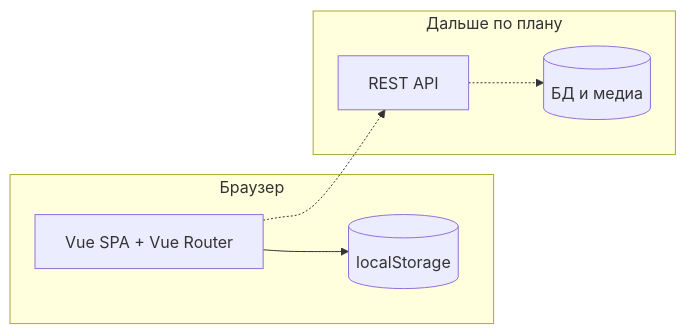
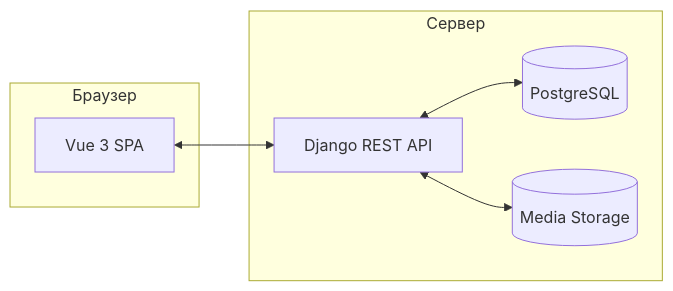
One commit to nikondrat/phototochka changed the diagram in README.md. Above: the diagram before and after it, drawn with Mermaid. The commit also changed other lines of this file, not shown here.

````diff
--- a/README.md
+++ b/README.md
@@ -74,14 +66,14 @@
 ```mermaid
 flowchart LR
   subgraph client [Браузер]
-    SPA[Vue SPA + Vue Router]
-    LS[(localStorage)]
+    SPA[Vue 3 SPA]
   end
-  subgraph future [Дальше по плану]
-    API[REST API]
-    DB[(БД и медиа)]
+  subgraph backend [Сервер]
+    API[Django REST API]
+    DB[(PostgreSQL)]
+    FS[(Media Storage)]
   end
-  SPA --> LS
-  SPA -.-> API
-  API -.-> DB
+  SPA <--> API
+  API <--> DB
+  API <--> FS
 ```
````
